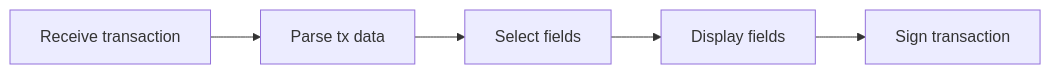
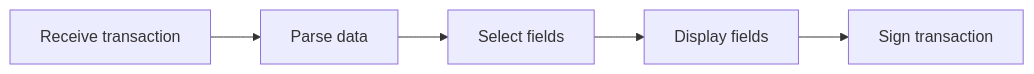
The diagram in pages/docs/device-app/explanation/architecture-good-practices.mdx (LedgerHQ/developer-portal), drawn with Mermaid before and after one commit. The commit also changed other lines of this file and 210 other files, not shown here.

````diff
--- a/pages/docs/device-app/explanation/architecture-good-practices.mdx
+++ b/pages/docs/device-app/explanation/architecture-good-practices.mdx
@@ -10,9 +12,9 @@
 ```mermaid
 flowchart LR
 A[Receive transaction];
-B[Parse tx data ];
+B[Parse <Glossary word="tx"></Glossary> data ];
 C[Select fields];
 D[Display fields];
 E[Sign transaction];
 A --> B --> C --> D --> E
 ```
````
